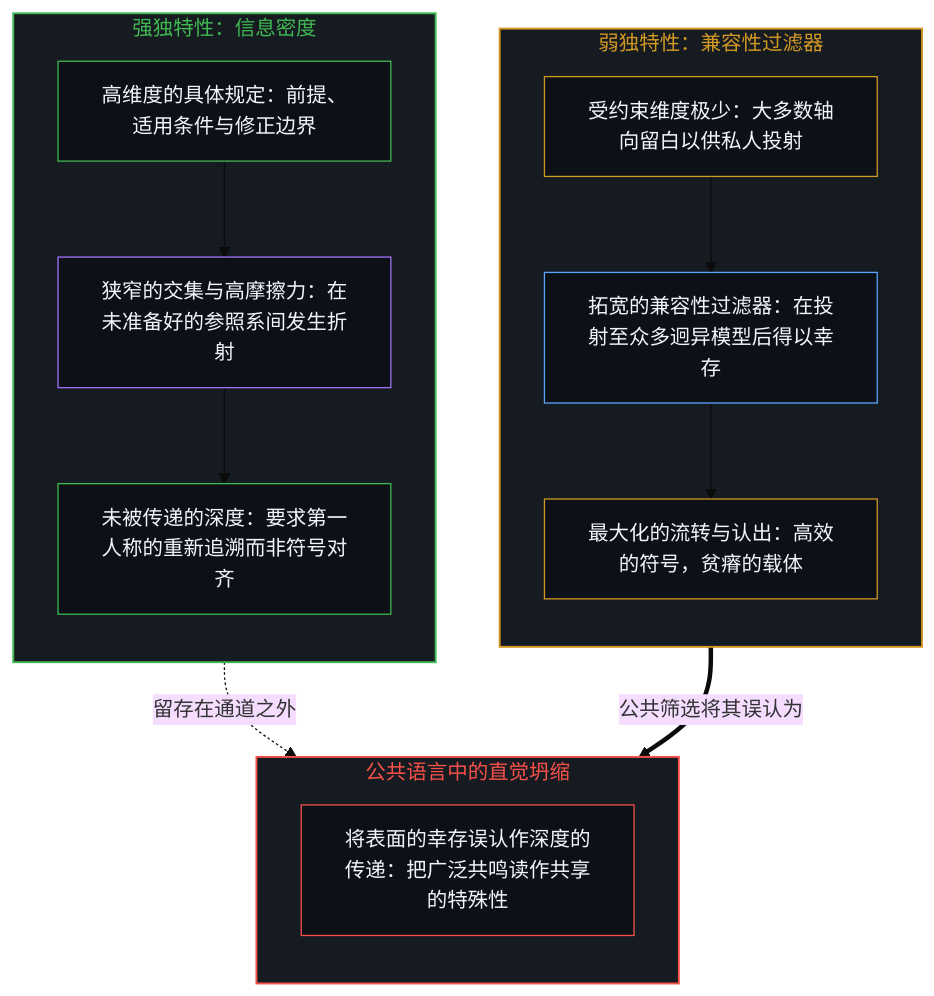
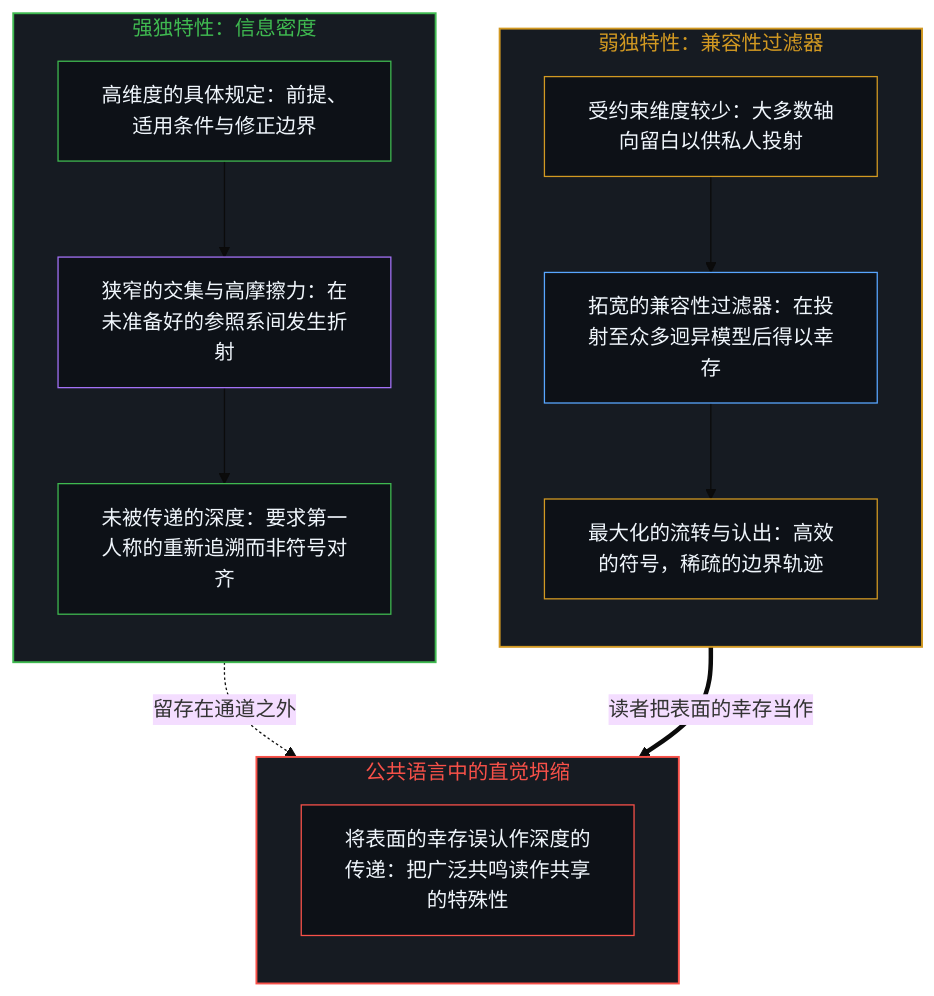
Before and after one commit to powerpig99/not-a-toe: the third of 4 diagrams in content/posts/the-surface-that-registers.md, drawn with Mermaid (base theme). The commit also changed other lines of this file and 9 other files, not shown here.

````diff
--- a/content/posts/the-surface-that-registers.md
+++ b/content/posts/the-surface-that-registers.md
@@ -111,33 +111,33 @@
 ```mermaid
 flowchart TD
     subgraph S_Weak["弱独特性：兼容性过滤器"]
         direction TB
-        W_Thin["受约束维度极少：大多数轴向留白以供私人投射"]
+        W_Thin["受约束维度较少：大多数轴向留白以供私人投射"]
         W_Broad["拓宽的兼容性过滤器：在投射至众多迥异模型后得以幸存"]
-        W_Circ["最大化的流转与认出：高效的符号，贫瘠的载体"]
+        W_Circ["最大化的流转与认出：高效的符号，稀疏的边界轨迹"]
         W_Thin --> W_Broad --> W_Circ
     end
     subgraph S_Strong["强独特性：信息密度"]
         direction TB
         S_Dense["高维度的具体规定：前提、适用条件与修正边界"]
         S_Friction["狭窄的交集与高摩擦力：在未准备好的参照系间发生折射"]
         S_Path["未被传递的深度：要求第一人称的重新追溯而非符号对齐"]
         S_Dense --> S_Friction --> S_Path
     end
     subgraph S_Collapse["公共语言中的直觉坍缩"]
         direction TB
         C_Confuse["将表面的幸存误认作深度的传递：把广泛共鸣读作共享的特殊性"]
     end
-    W_Circ ==>|"公共筛选将其误认为"| C_Confuse
+    W_Circ ==>|"读者把表面的幸存当作"| C_Confuse
     S_Path -.->|"留存在通道之外"| C_Confuse
     style S_Weak fill:#161b22,stroke:#d29922,stroke-width:1.5px,color:#d29922
     style S_Strong fill:#161b22,stroke:#3fb950,stroke-width:1.5px,color:#3fb950
     style S_Collapse fill:#161b22,stroke:#f85149,stroke-width:1.5px,color:#f85149
     style W_Thin fill:#0d1117,stroke:#d29922,stroke-width:1px,color:#f0f6fc
     style W_Broad fill:#0d1117,stroke:#58a6ff,stroke-width:1px,color:#f0f6fc
     style W_Circ fill:#0d1117,stroke:#d29922,stroke-width:1px,color:#f0f6fc
     style S_Dense fill:#0d1117,stroke:#3fb950,stroke-width:1px,color:#f0f6fc
     style S_Friction fill:#0d1117,stroke:#a371f7,stroke-width:1px,color:#f0f6fc
     style S_Path fill:#0d1117,stroke:#3fb950,stroke-width:1px,color:#f0f6fc
     style C_Confuse fill:#0d1117,stroke:#f85149,stroke-width:1px,color:#f0f6fc
 ```
````
